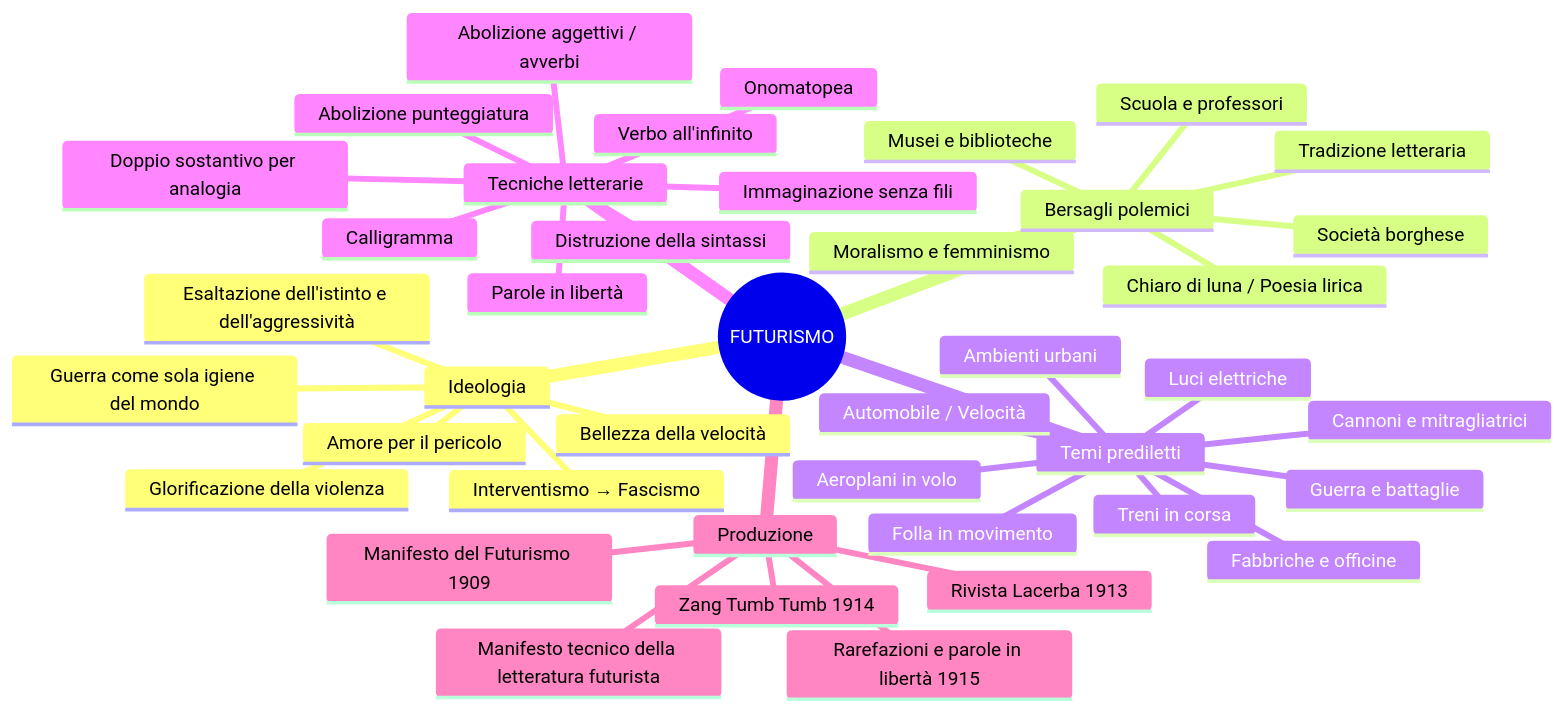
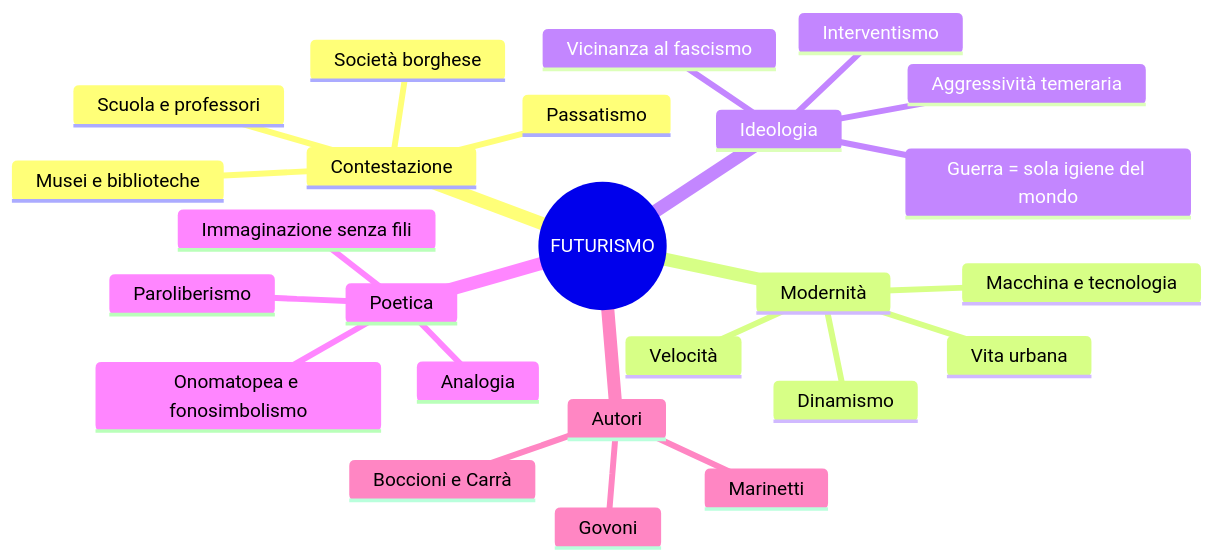
One commit to riccardo-algorime/appunti-5Bsa changed the first of 3 diagrams in italiano/futurismo/mega-schema.md. Above: the diagram before and after it, drawn with Mermaid. The commit also changed other lines of this file and 23 other files, not shown here.

````diff
--- a/italiano/futurismo/mega-schema.md
+++ b/italiano/futurismo/mega-schema.md
@@ -86,44 +83,28 @@
 ```mermaid
 mindmap
   root((FUTURISMO))
+    Contestazione
+      Società borghese
+      Passatismo
+      Musei e biblioteche
+      Scuola e professori
+    Modernità
+      Velocità
+      Dinamismo
+      Macchina e tecnologia
+      Vita urbana
     Ideologia
-      Guerra come sola igiene del mondo
-      Glorificazione della violenza
-      Esaltazione dell'istinto e dell'aggressività
-      Amore per il pericolo
-      Bellezza della velocità
-      Interventismo → Fascismo
-    Bersagli polemici
-      Società borghese
-      Musei e biblioteche
-      Tradizione letteraria
-      Scuola e professori
-      Chiaro di luna / Poesia lirica
-      Moralismo e femminismo
-    Temi prediletti
-      Automobile / Velocità
-      Treni in corsa
-      Aeroplani in volo
-      Ambienti urbani
-      Folla in movimento
-      Fabbriche e officine
-      Luci elettriche
-      Guerra e battaglie
-      Cannoni e mitragliatrici
-    Tecniche letterarie
-      Parole in libertà
-      Distruzione della sintassi
-      Verbo all'infinito
-      Abolizione aggettivi / avverbi
-      Abolizione punteggiatura
-      Doppio sostantivo per analogia
+      Guerra = sola igiene del mondo
+      Interventismo
+      Vicinanza al fascismo
+      Aggressività temeraria
+    Poetica
+      Paroliberismo
       Immaginazione senza fili
-      Onomatopea
-      Calligramma
-    Produzione
-      Manifesto del Futurismo 1909
-      Manifesto tecnico della letteratura futurista
-      Zang Tumb Tumb 1914
-      Rarefazioni e parole in libertà 1915
-      Rivista Lacerba 1913
+      Analogia
+      Onomatopea e fonosimbolismo
+    Autori
+      Marinetti
+      Govoni
+      Boccioni e Carrà
 ```
````
